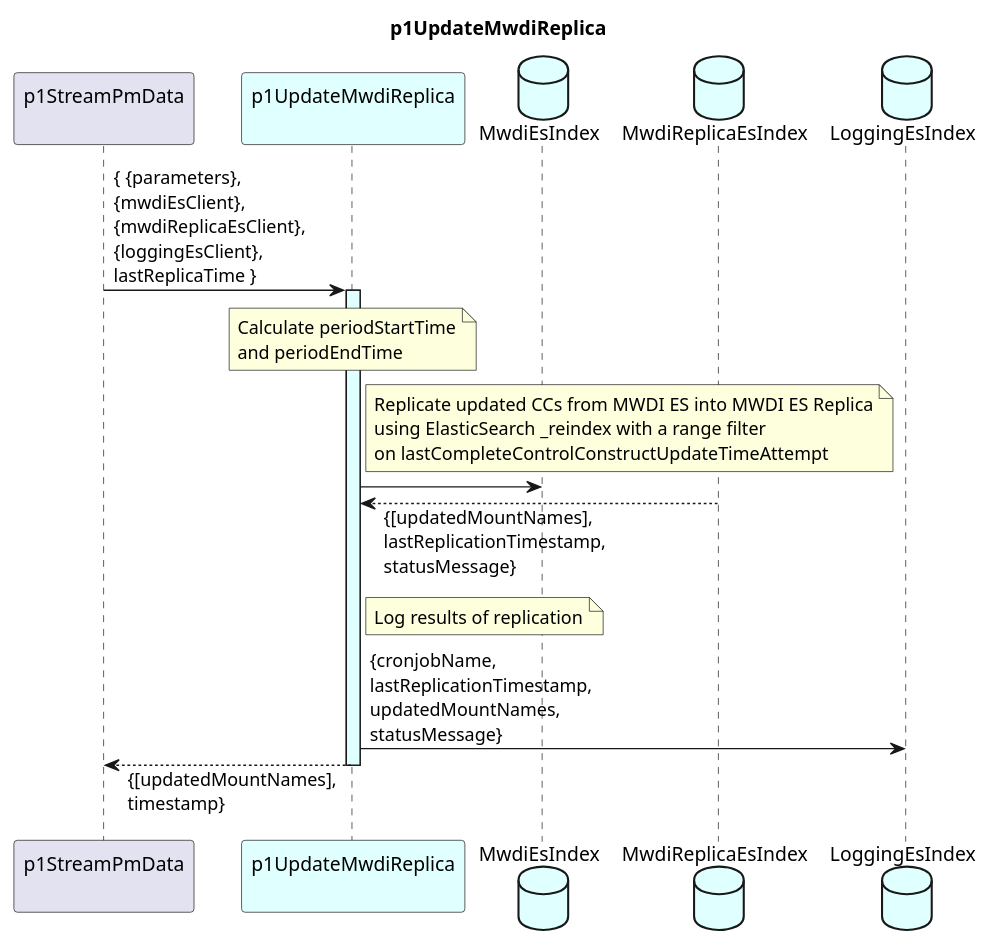
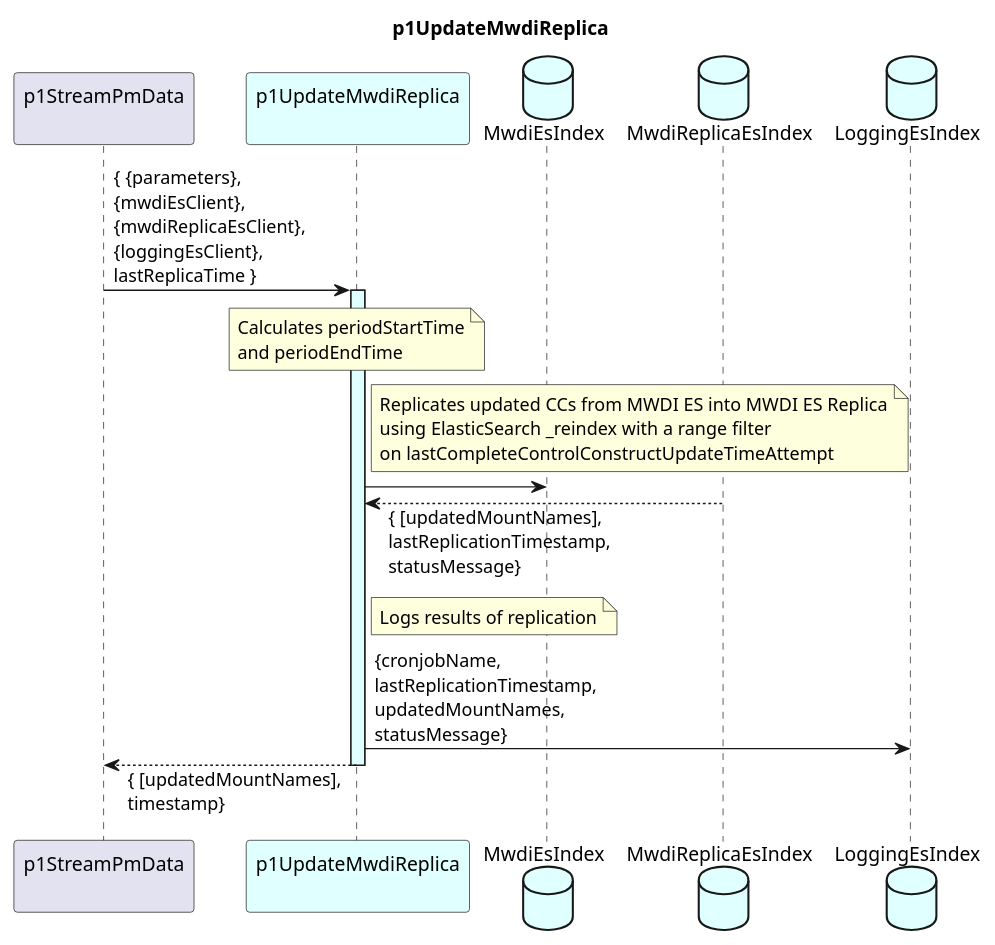
The diagram in spec/Functions/p1StreamPmData/p1UpdateMwdiReplica/1.0.0/p1UpdateMwdiReplica.plantuml (openBackhaul/DevicePerformanceManagementDataProcessor), drawn with PlantUML before and after one commit. The commit also changed 49 other files, not shown here.

Commit message:
Harmonize editorial of plantumls

```diff
--- a/spec/Functions/p1StreamPmData/p1UpdateMwdiReplica/1.0.0/p1UpdateMwdiReplica.plantuml
+++ b/spec/Functions/p1StreamPmData/p1UpdateMwdiReplica/1.0.0/p1UpdateMwdiReplica.plantuml
@@ -1,39 +1,39 @@
 @startuml p1UpdateMwdiReplica
 skinparam responseMessageBelowArrow true
 
 title
   p1UpdateMwdiReplica
 end title
 
 participant "p1StreamPmData\n" as p1SPMD
 participant "p1UpdateMwdiReplica\n" as p1UMWR #LightCyan
 database "MwdiEsIndex" as mwdiEs #LightCyan
 database "MwdiReplicaEsIndex" as mwdiReplicaEs #LightCyan
 database "LoggingEsIndex" as log #LightCyan
 
 p1SPMD -> p1UMWR : { {parameters},\n{mwdiEsClient},\n{mwdiReplicaEsClient},\n{loggingEsClient},\nlastReplicaTime }
 activate p1UMWR #LightCyan
 
   note over p1UMWR
-    Calculate periodStartTime
+    Calculates periodStartTime
     and periodEndTime
   end note
 
   note right p1UMWR
-    Replicate updated CCs from MWDI ES into MWDI ES Replica
+    Replicates updated CCs from MWDI ES into MWDI ES Replica
     using ElasticSearch _reindex with a range filter
     on lastCompleteControlConstructUpdateTimeAttempt
   end note
   p1UMWR -> mwdiEs
-  p1UMWR <-- mwdiReplicaEs : {[updatedMountNames],\nlastReplicationTimestamp,\nstatusMessage}
+  p1UMWR <-- mwdiReplicaEs : { [updatedMountNames],\nlastReplicationTimestamp,\nstatusMessage}
 
   note right p1UMWR
-    Log results of replication
+    Logs results of replication
   end note
   p1UMWR -> log : {cronjobName,\nlastReplicationTimestamp,\nupdatedMountNames,\nstatusMessage}
 
 
-p1SPMD <-- p1UMWR : {[updatedMountNames],\ntimestamp}
+p1SPMD <-- p1UMWR : { [updatedMountNames],\ntimestamp}
 deactivate p1UMWR
 
 @enduml
```
